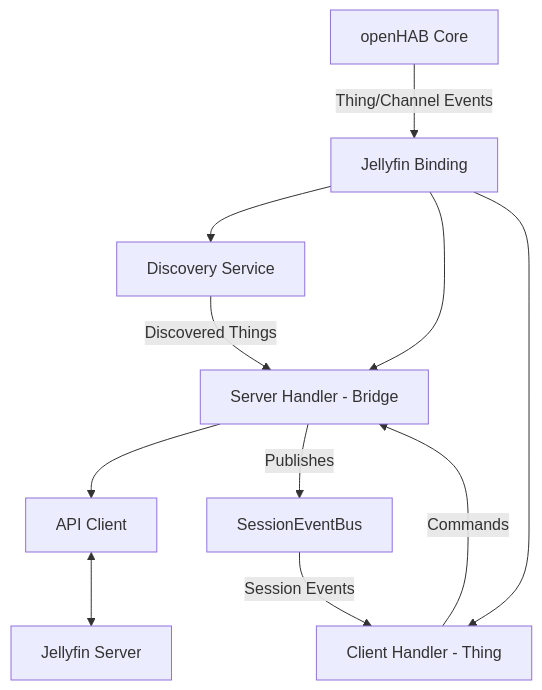
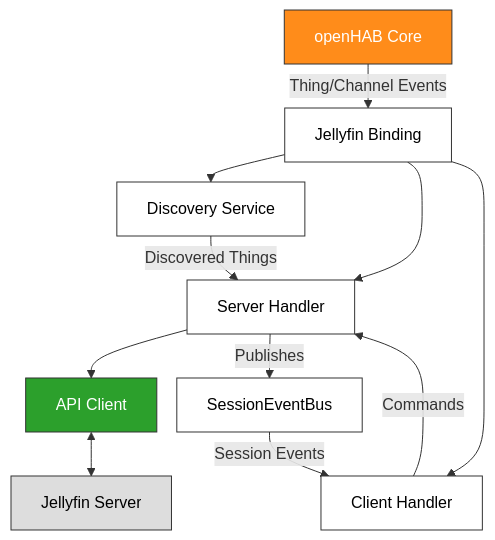
One commit to openhab/openhab-addons changed the diagram in bundles/org.openhab.binding.jellyfin/docs/architecture.md. Above: the diagram before and after it, drawn with Mermaid. The commit also changed other lines of this file and 15 other files, not shown here.

Commit message:
chore(docs): update architecture documentation with Mermaid diagram enhancements and remove obsolete NOTICE file

````diff
--- a/bundles/org.openhab.binding.jellyfin/docs/architecture.md
+++ b/bundles/org.openhab.binding.jellyfin/docs/architecture.md
@@ -47,23 +47,40 @@
 ```mermaid
+%%{init: { 'themeVariables': { 'fontSize': '16px' }, 'flowchart': { 'useMaxWidth': false, 'nodeSpacing': 20, 'rankSpacing': 20 } } }%%
 flowchart TD
+    %% Color classes: openhab (orange), websocket (blue), apiGen (green), internal (white), external (gray)
+    classDef openhab fill:#ff8c1a,stroke:#333,stroke-width:1px,color:#fff;
+    classDef websocket fill:#1f77b4,stroke:#333,stroke-width:1px,color:#fff;
+    classDef apiGen fill:#2ca02c,stroke:#333,stroke-width:1px,color:#fff;
+    classDef internal fill:#ffffff,stroke:#333,stroke-width:1px,color:#000;
+    classDef external fill:#dddddd,stroke:#333,stroke-width:1px,color:#000;
+
     OH[openHAB Core]
     JB[Jellyfin Binding]
     JD[Discovery Service]
-    JH[Server Handler - Bridge]
-    JCH[Client Handler - Thing]
+    JH[Server Handler]
+    JCH[Client Handler]
     JA[API Client]
     JS[Jellyfin Server]
     SEB[SessionEventBus]
 
     OH -->|Thing/Channel Events| JB
     JB --> JD
     JB --> JH
     JB --> JCH
     JH --> JA
     JA <--> JS
     JD -->|Discovered Things| JH
     JH -->|Publishes| SEB
     SEB -->|Session Events| JCH
     JCH -->|Commands| JH
-    %% Note: Record members are omitted for clarity. See Record Details section.
+
+    %% Styling
+    class OH openhab
+    class JA apiGen
+    class JS external
+    class JB internal
+    class JD internal
+    class JH internal
+    class JCH internal
+    class SEB internal
 ```
````
